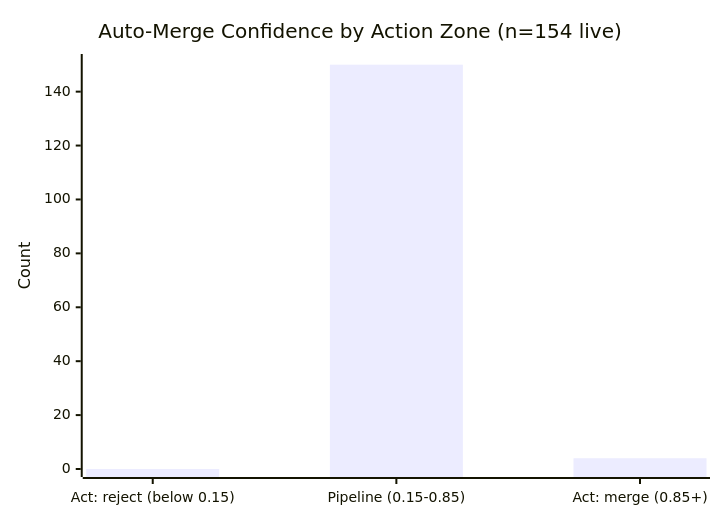
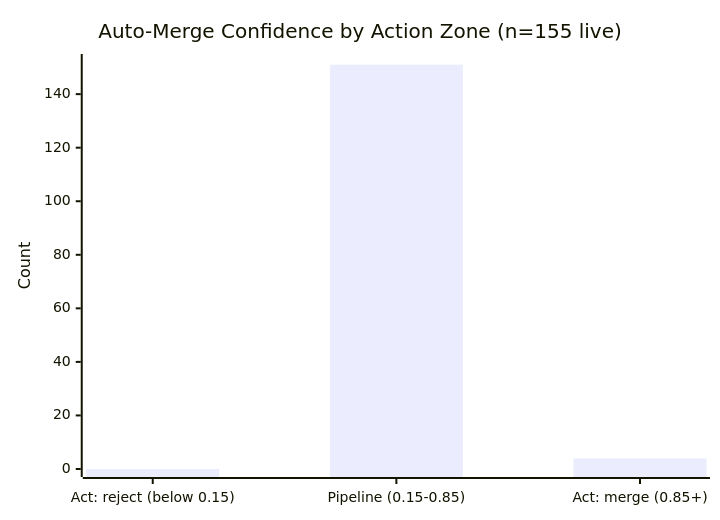
Before and after one commit to Sanctum-Origo-Systems/patina: the second of 4 diagrams in JEV.md, drawn with Mermaid. The commit also changed other lines of this file, not shown here.

````diff
--- a/JEV.md
+++ b/JEV.md
@@ -17,7 +17,7 @@
 ```mermaid
 xychart-beta
-    title "Auto-Merge Confidence by Action Zone (n=154 live)"
+    title "Auto-Merge Confidence by Action Zone (n=155 live)"
     x-axis ["Act: reject (below 0.15)", "Pipeline (0.15-0.85)", "Act: merge (0.85+)"]
-    y-axis "Count" 0 --> 151
-    bar [0, 150, 4]
+    y-axis "Count" 0 --> 152
+    bar [0, 151, 4]
 ```
````
